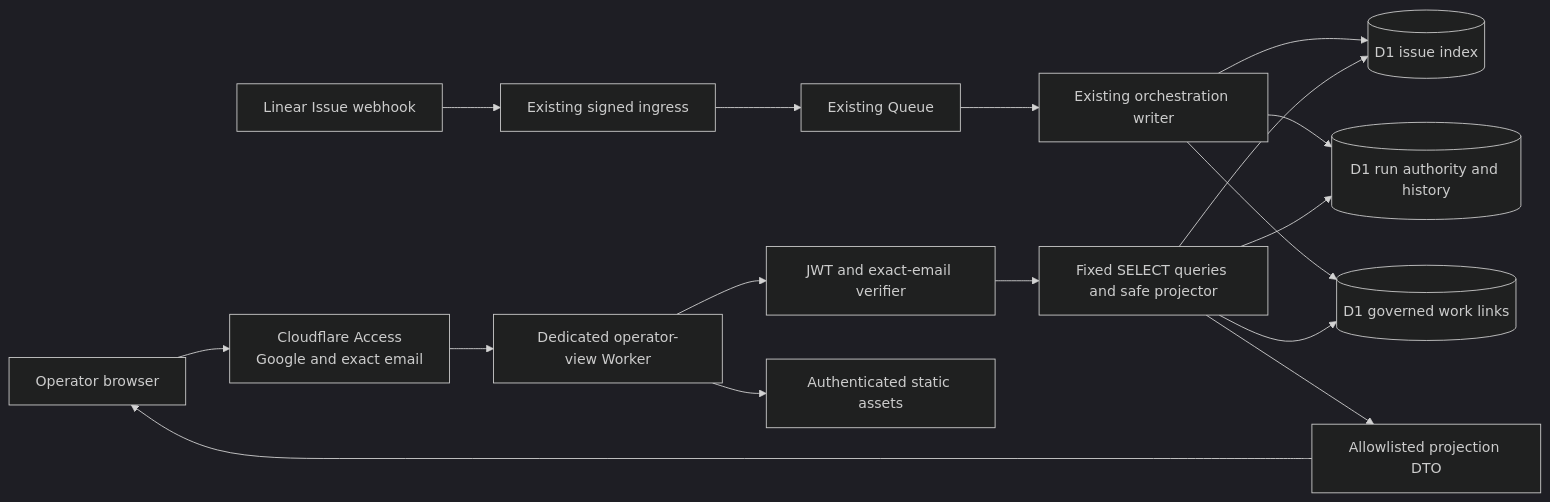
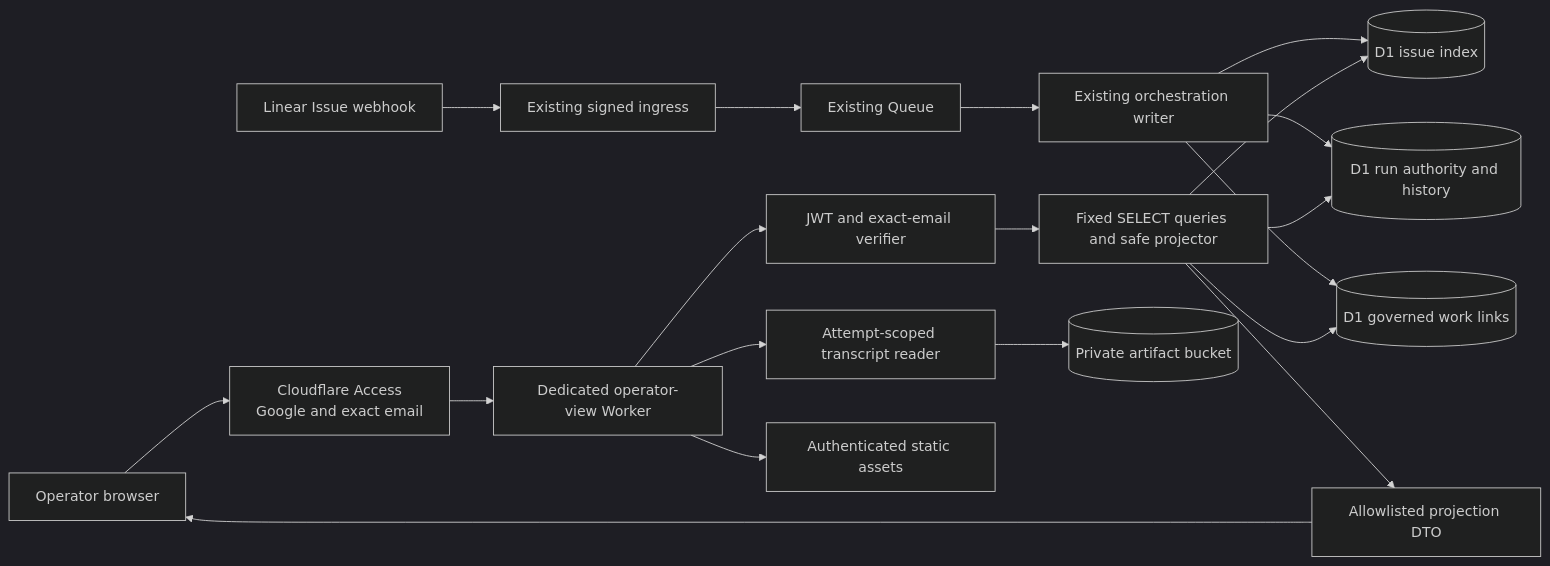
One commit to sachinkundu/deos changed the first of 2 diagrams in openspec/changes/show-deos-workflow-for-linear-issue/design.md. Above: the diagram before and after it, drawn with Mermaid (dark theme). The commit also changed other lines of this file and 27 other files, not shown here.

````diff
--- a/openspec/changes/show-deos-workflow-for-linear-issue/design.md
+++ b/openspec/changes/show-deos-workflow-for-linear-issue/design.md
@@ -67,20 +68,22 @@
 ```mermaid
 flowchart LR
     Linear[Linear Issue webhook] --> Ingress[Existing signed ingress]
     Ingress --> Queue[Existing Queue]
     Queue --> Writer[Existing orchestration writer]
     Writer --> Index[(D1 issue index)]
     Writer --> Authority[(D1 run authority and history)]
     Writer --> Links[(D1 governed work links)]
 
     Browser[Operator browser] --> Access[Cloudflare Access<br/>Google and exact email]
     Access --> Portal[Dedicated operator-view Worker]
     Portal --> Jwt[JWT and exact-email verifier]
     Jwt --> ReadModel[Fixed SELECT queries and safe projector]
     ReadModel --> Index
     ReadModel --> Authority
     ReadModel --> Links
+    Portal --> Artifacts[Attempt-scoped transcript reader]
+    Artifacts --> Bucket[(Private artifact bucket)]
     Portal --> Assets[Authenticated static assets]
     ReadModel --> Safe[Allowlisted projection DTO]
     Safe --> Browser
 ```
````
